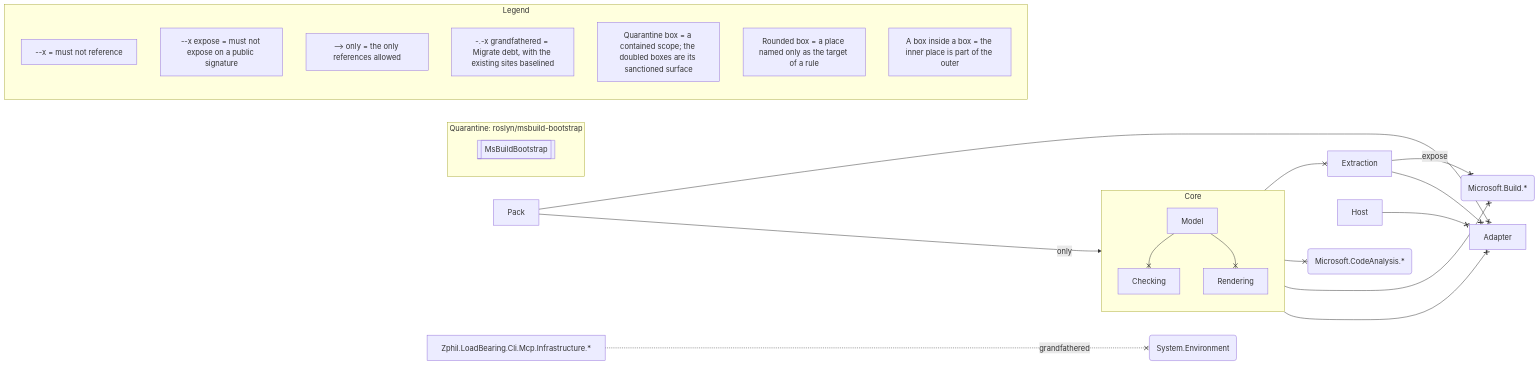
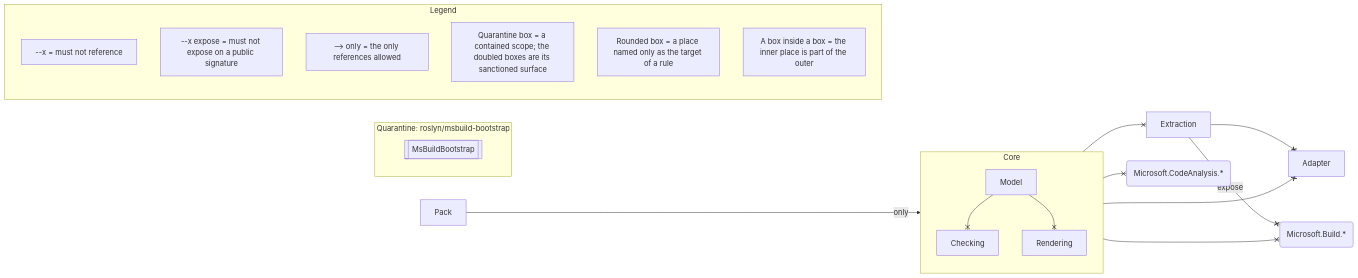
The second of 2 diagrams in ARCHITECTURE.md (andypgray/loadbearing), drawn with Mermaid before and after one commit. The commit also changed other lines of this file and 164 other files, not shown here.

````diff
--- a/ARCHITECTURE.md
+++ b/ARCHITECTURE.md
@@ -41,45 +41,38 @@
 ```mermaid
 flowchart LR
     accTitle: Architecture law: Zphil.LoadBearing.ArchSpec
     accDescr: The places this spec names, the references it forbids, and the debt it grandfathers.
 
     subgraph s_Core["Core"]
         s_Model["Model"]
         s_Checking["Checking"]
         s_Rendering["Rendering"]
     end
     s_Extraction["Extraction"]
     s_Microsoft_CodeAnalysis("Microsoft.CodeAnalysis.*")
     s_Microsoft_Build("Microsoft.Build.*")
+    s_Pack["Pack"]
     s_Adapter["Adapter"]
-    s_Host["Host"]
-    s_Pack["Pack"]
-    s_Zphil_LoadBearing_Cli_Mcp_Infrastructure["Zphil.LoadBearing.Cli.Mcp.Infrastructure.*"]
-    s_System_Environment("System.Environment")
     subgraph s_Zphil_LoadBearing_Roslyn_MsBuild["Quarantine: roslyn/msbuild-bootstrap"]
         s_MsBuildBootstrap[["MsBuildBootstrap"]]
     end
 
     s_Core --x s_Extraction
     s_Core --x s_Microsoft_CodeAnalysis
     s_Core --x s_Microsoft_Build
     s_Model --x s_Checking
     s_Model --x s_Rendering
-    s_Extraction --x|"expose"| s_Microsoft_Build
+    s_Pack -->|"only"| s_Core
     s_Core --x s_Adapter
     s_Extraction --x s_Adapter
-    s_Host --x s_Adapter
-    s_Pack --x s_Adapter
-    s_Pack -->|"only"| s_Core
-    s_Zphil_LoadBearing_Cli_Mcp_Infrastructure -.-x|"grandfathered"| s_System_Environment
+    s_Extraction --x|"expose"| s_Microsoft_Build
 
     subgraph l_legend["Legend"]
         l_ban["--x = must not reference"]
         l_expose["--x expose = must not expose on a public signature"]
         l_only["--> only = the only references allowed"]
-        l_debt["-.-x grandfathered = Migrate debt, with the existing sites baselined"]
         l_quarantine["Quarantine box = a contained scope; the doubled boxes are its sanctioned surface"]
         l_outside["Rounded box = a place named only as the target of a rule"]
         l_nesting["A box inside a box = the inner place is part of the outer"]
     end
 ```
````
